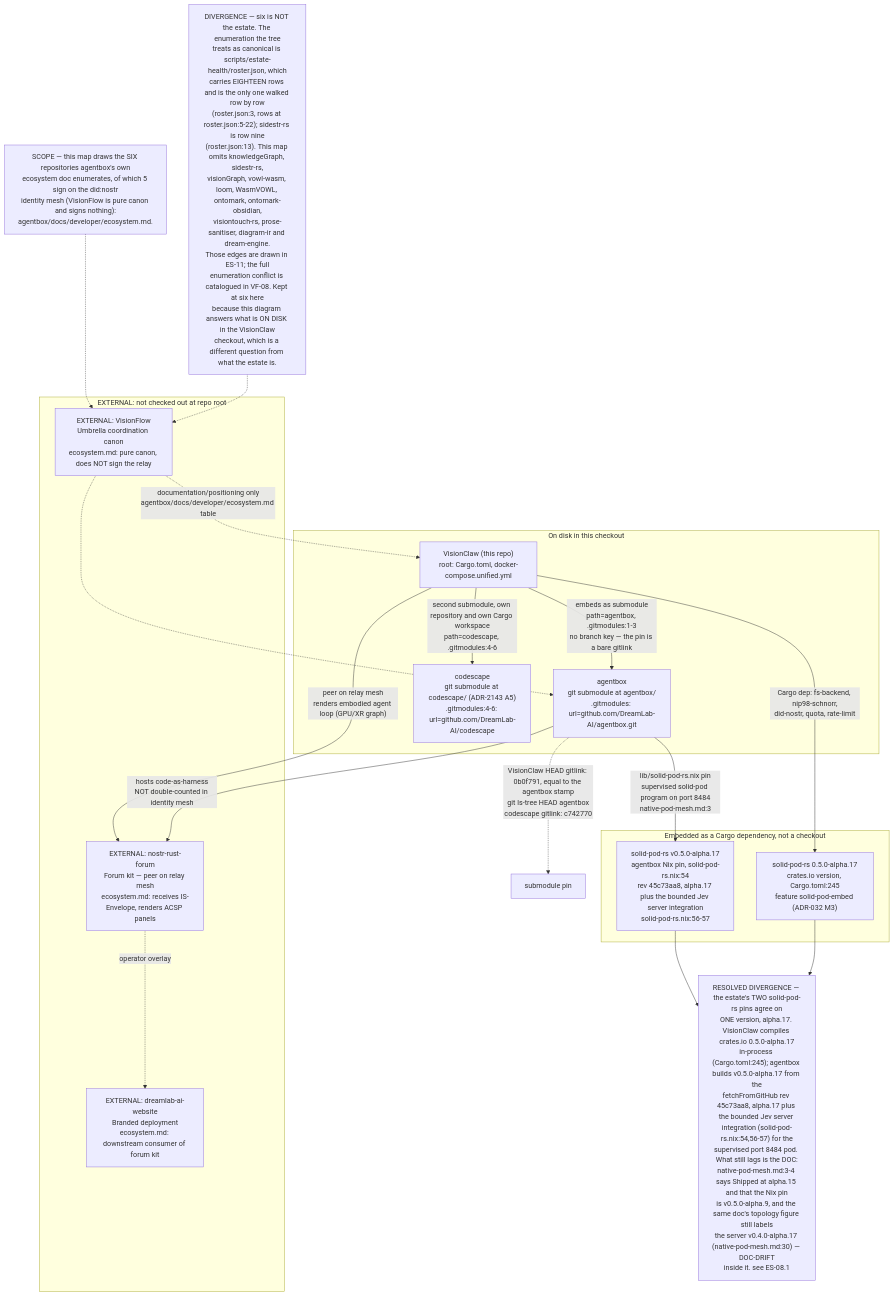
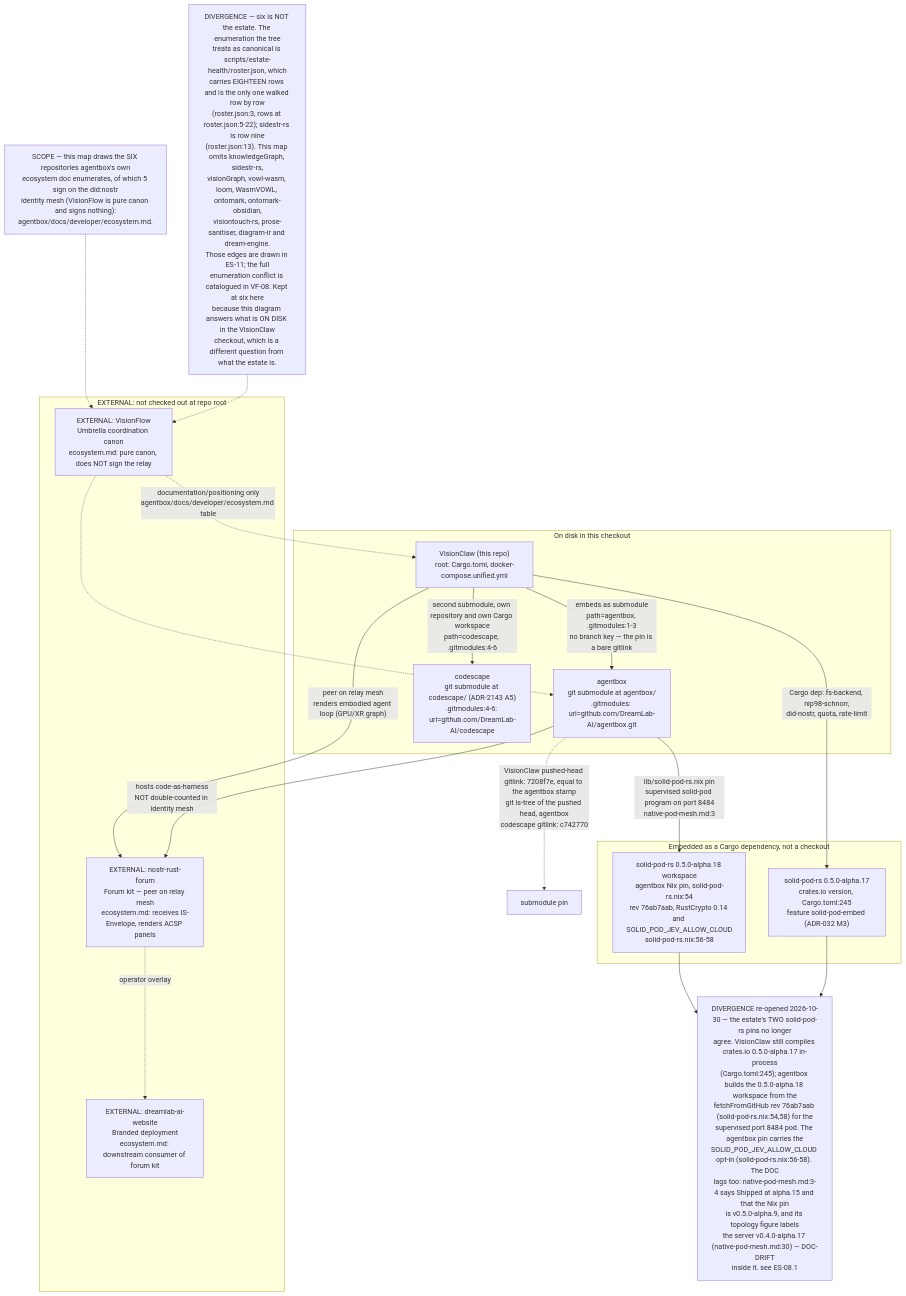
Before and after one commit to DreamLab-AI/VisionFlow: the first of 8 diagrams in docs/diagrams/estate/01-estate-topology.md, drawn with Mermaid. The commit also changed other lines of this file and 142 other files, not shown here.

First line of the commit message:
docs(diagrams): one System One route; re-verify 140 topics at today's heads

````diff
--- a/docs/diagrams/estate/01-estate-topology.md
+++ b/docs/diagrams/estate/01-estate-topology.md
@@ -60,38 +60,38 @@
 ```mermaid
 flowchart TB
     subgraph ONDISK["On disk in this checkout"]
         VC["VisionClaw (this repo)<br/>root: Cargo.toml, docker-compose.unified.yml"]
         AB["agentbox<br/>git submodule at agentbox/<br/>.gitmodules: url=github.com/DreamLab-AI/agentbox.git"]
         CS["codescape<br/>git submodule at codescape/ (ADR-2143 A5)<br/>.gitmodules:4-6: url=github.com/DreamLab-AI/codescape"]
     end
     VC -->|"embeds as submodule<br/>path=agentbox, .gitmodules:1-3<br/>no branch key — the pin is a bare gitlink"| AB
     VC -->|"second submodule, own repository and own Cargo workspace<br/>path=codescape, .gitmodules:4-6"| CS
-    AB -.->|"VisionClaw HEAD gitlink: 0b0f791, equal to the agentbox stamp<br/>git ls-tree HEAD agentbox<br/>codescape gitlink: c742770"| ABPIN["submodule pin"]
+    AB -.->|"VisionClaw pushed-head gitlink: 7208f7e, equal to the agentbox stamp<br/>git ls-tree of the pushed head, agentbox<br/>codescape gitlink: c742770"| ABPIN["submodule pin"]
 
     subgraph CRATE["Embedded as a Cargo dependency, not a checkout"]
         SPR["solid-pod-rs 0.5.0-alpha.17<br/>crates.io version, Cargo.toml:245<br/>feature solid-pod-embed (ADR-032 M3)"]
-        SPRN["solid-pod-rs v0.5.0-alpha.17<br/>agentbox Nix pin, solid-pod-rs.nix:54<br/>rev 45c73aa8, alpha.17 plus the bounded Jev server integration<br/>solid-pod-rs.nix:56-57"]
+        SPRN["solid-pod-rs 0.5.0-alpha.18 workspace<br/>agentbox Nix pin, solid-pod-rs.nix:54<br/>rev 76ab7aab, RustCrypto 0.14 and SOLID_POD_JEV_ALLOW_CLOUD<br/>solid-pod-rs.nix:56-58"]
     end
     VC -->|"Cargo dep: fs-backend, nip98-schnorr,<br/>did-nostr, quota, rate-limit"| SPR
     AB -->|"lib/solid-pod-rs.nix pin<br/>supervised solid-pod program on port 8484<br/>native-pod-mesh.md:3"| SPRN
 
-    DIVSP["RESOLVED DIVERGENCE — the estate's TWO solid-pod-rs pins agree on<br/>ONE version, alpha.17. VisionClaw compiles crates.io 0.5.0-alpha.17<br/>in-process (Cargo.toml:245); agentbox builds v0.5.0-alpha.17 from the<br/>fetchFromGitHub rev 45c73aa8, alpha.17 plus the bounded Jev server integration (solid-pod-rs.nix:54,56-57) for the<br/>supervised port 8484 pod. What still lags is the DOC:<br/>native-pod-mesh.md:3-4 says Shipped at alpha.15 and that the Nix pin<br/>is v0.5.0-alpha.9, and the same doc's topology figure still labels<br/>the server v0.4.0-alpha.17 (native-pod-mesh.md:30) — DOC-DRIFT<br/>inside it. see ES-08.1"]
+    DIVSP["DIVERGENCE re-opened 2026-10-30 — the estate's TWO solid-pod-rs pins no longer<br/>agree. VisionClaw still compiles crates.io 0.5.0-alpha.17 in-process<br/>(Cargo.toml:245); agentbox builds the 0.5.0-alpha.18 workspace from the<br/>fetchFromGitHub rev 76ab7aab (solid-pod-rs.nix:54,58) for the<br/>supervised port 8484 pod. The agentbox pin carries the<br/>SOLID_POD_JEV_ALLOW_CLOUD opt-in (solid-pod-rs.nix:56-58). The DOC<br/>lags too: native-pod-mesh.md:3-4 says Shipped at alpha.15 and that the Nix pin<br/>is v0.5.0-alpha.9, and its topology figure labels<br/>the server v0.4.0-alpha.17 (native-pod-mesh.md:30) — DOC-DRIFT<br/>inside it. see ES-08.1"]
     SPRN --> DIVSP
     SPR --> DIVSP
 
     subgraph EXTERNAL1["EXTERNAL: not checked out at repo root"]
         VF["EXTERNAL: VisionFlow<br/>Umbrella coordination canon<br/>ecosystem.md: pure canon, does NOT sign the relay"]
         NRF["EXTERNAL: nostr-rust-forum<br/>Forum kit — peer on relay mesh<br/>ecosystem.md: receives IS-Envelope, renders ACSP panels"]
         DAW["EXTERNAL: dreamlab-ai-website<br/>Branded deployment<br/>ecosystem.md: downstream consumer of forum kit"]
     end
     VC -->|"peer on relay mesh<br/>renders embodied agent loop (GPU/XR graph)"| NRF
     AB -->|"hosts code-as-harness<br/>NOT double-counted in identity mesh"| NRF
     NRF -.->|"operator overlay"| DAW
     VF -.->|"documentation/positioning only<br/>agentbox/docs/developer/ecosystem.md table"| VC
     VF -.-> AB
 
     NOTE1["SCOPE — this map draws the SIX repositories agentbox's own<br/>ecosystem doc enumerates, of which 5 sign on the did:nostr<br/>identity mesh (VisionFlow is pure canon and signs nothing):<br/>agentbox/docs/developer/ecosystem.md."]
     NOTE2["DIVERGENCE — six is NOT the estate. The enumeration the tree<br/>treats as canonical is scripts/estate-health/roster.json, which<br/>carries EIGHTEEN rows and is the only one walked row by row<br/>(roster.json:3, rows at roster.json:5-22); sidestr-rs is row nine<br/>(roster.json:13). This map omits knowledgeGraph, sidestr-rs,<br/>visionGraph, vowl-wasm, loom, WasmVOWL, ontomark, ontomark-obsidian,<br/>visiontouch-rs, prose-sanitiser, diagram-ir and dream-engine.<br/>Those edges are drawn in ES-11; the full<br/>enumeration conflict is catalogued in VF-08. Kept at six here<br/>because this diagram answers what is ON DISK in the VisionClaw<br/>checkout, which is a different question from what the estate is."]
     NOTE1 -.-> VF
     NOTE2 -.-> VF
 ```
````
